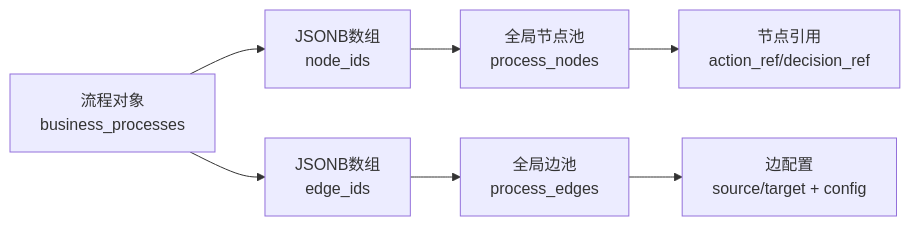
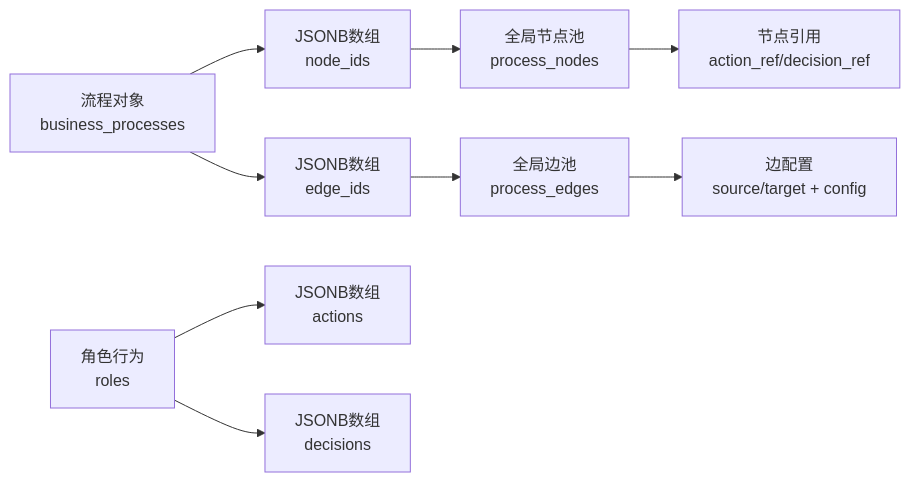
The third of 10 diagrams in .qoder/repowiki/zh/content/核心模块/业务流程管理模块.md (kai-cui1/ai-prototype-manager), drawn with Mermaid before and after one commit. The commit also changed other lines of this file and 114 other files, not shown here.

First line of the commit message:
docs: 路线图/AGENTS/知识库同步 + 系统架构图

````diff
--- a/.qoder/repowiki/zh/content/核心模块/业务流程管理模块.md
+++ b/.qoder/repowiki/zh/content/核心模块/业务流程管理模块.md
@@ -189,9 +217,11 @@
 ```mermaid
 flowchart LR
 A["流程对象<br/>business_processes"] --> B["JSONB数组<br/>node_ids"]
 A --> C["JSONB数组<br/>edge_ids"]
 B --> D["全局节点池<br/>process_nodes"]
 C --> E["全局边池<br/>process_edges"]
 D --> F["节点引用<br/>action_ref/decision_ref"]
 E --> G["边配置<br/>source/target + config"]
+H["角色行为<br/>roles"] --> I["JSONB数组<br/>actions"]
+H --> J["JSONB数组<br/>decisions"]
 ```
````
